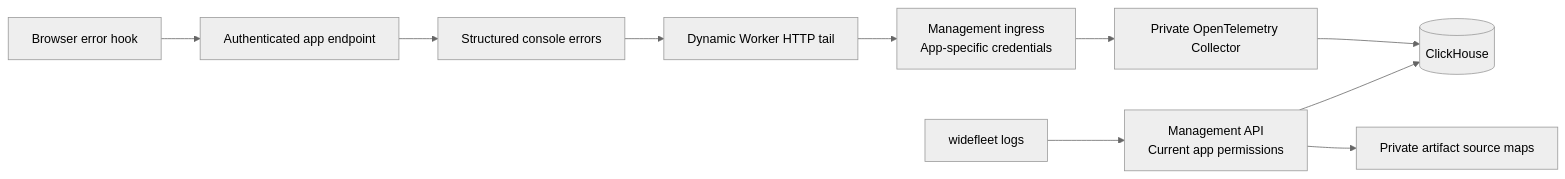
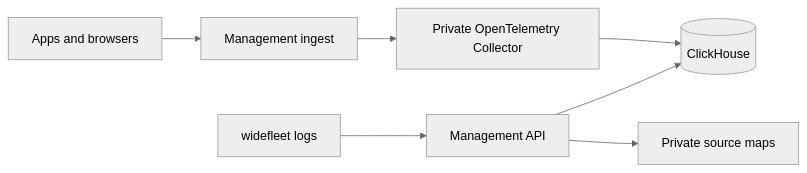
One commit to widefleet/widefleet changed the diagram in apps/docs/docs/self-hosting/runtime-logs.md. Above: the diagram before and after it, drawn with Mermaid (neutral theme). The commit also changed other lines of this file and 39 other files, not shown here.

````diff
--- a/apps/docs/docs/self-hosting/runtime-logs.md
+++ b/apps/docs/docs/self-hosting/runtime-logs.md
@@ -11,12 +13,9 @@
 ```mermaid
 flowchart LR
-    Browser[Browser error hook] --> App[Authenticated app endpoint]
-    App --> Console[Structured console errors]
-    Console --> Celld[Dynamic Worker HTTP tail]
-    Celld --> Ingress[Management ingress\nApp-specific credentials]
-    Ingress --> Collector[Private OpenTelemetry Collector]
+    App[Apps and browsers] --> Mgmt[Management ingest]
+    Mgmt --> Collector[Private OpenTelemetry Collector]
     Collector --> CH[(ClickHouse)]
-    CLI[widefleet logs] --> API[Management API\nCurrent app permissions]
+    CLI[widefleet logs] --> API[Management API]
     API --> CH
-    API --> Maps[Private artifact source maps]
+    API --> Maps[Private source maps]
 ```
````
